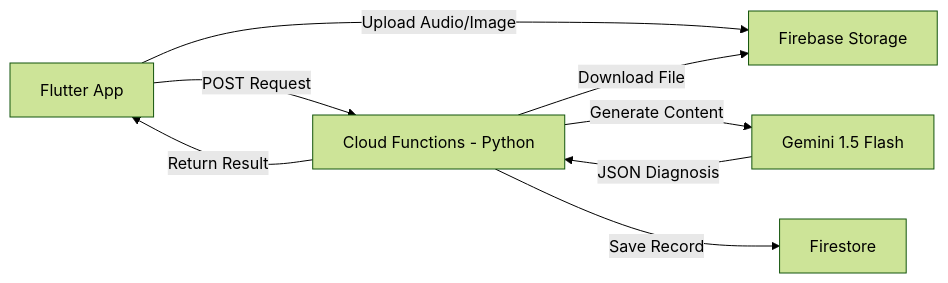
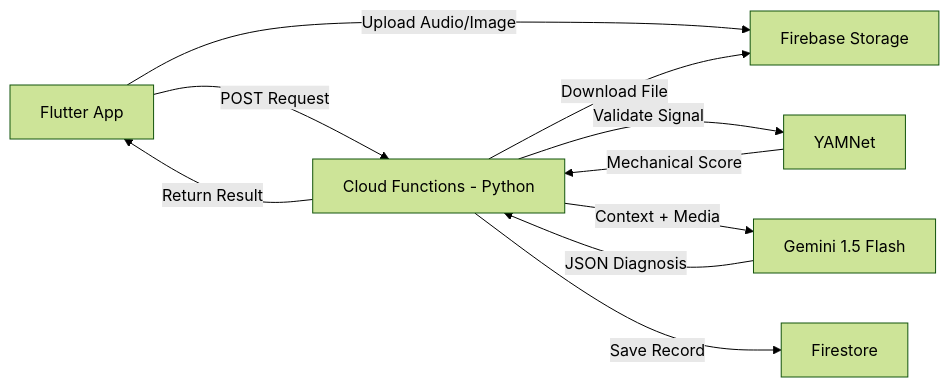
One commit to mashhoodrana/Sonic-Fix changed the diagram in README.md. Above: the diagram before and after it, drawn with Mermaid (forest theme). The commit also changed other lines of this file, not shown here.

````diff
--- a/README.md
+++ b/README.md
@@ -16,10 +17,12 @@
 ```mermaid
 graph LR
     A[Flutter App] -->|Upload Audio/Image| B[Firebase Storage]
     A -->|POST Request| C[Cloud Functions - Python]
     C -->|Download File| B
-    C -->|Generate Content| D[Gemini 1.5 Flash]
+    C -->|Validate Signal| Y[YAMNet]
+    Y -->|Mechanical Score| C
+    C -->|Context + Media| D[Gemini 1.5 Flash]
     D -->|JSON Diagnosis| C
     C -->|Save Record| E[Firestore]
     C -->|Return Result| A
 ```
````
